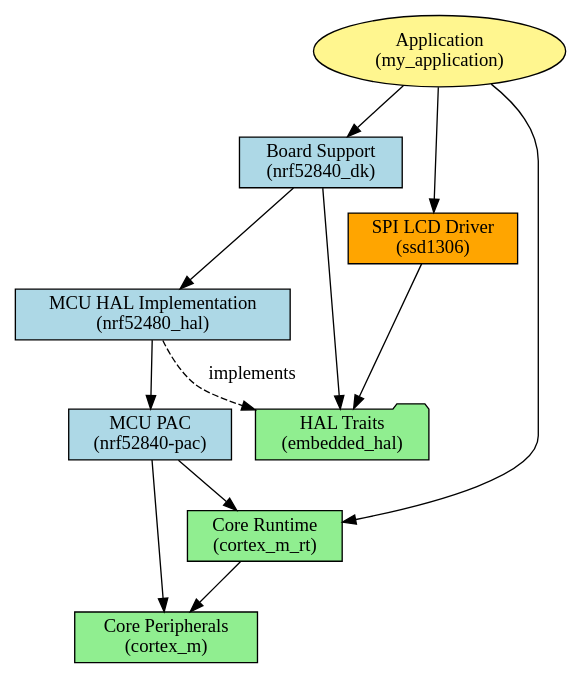
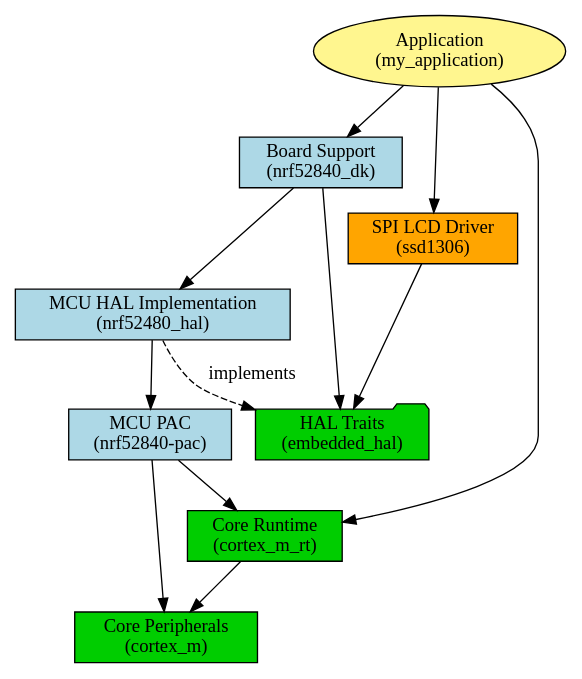
Before and after one commit to ferrous-systems/rust-training: the diagram in training-slides/src/rust-bare-metal.md, drawn with Graphviz. The commit also changed 7 other files, not shown here.

````diff
--- a/training-slides/src/rust-bare-metal.md
+++ b/training-slides/src/rust-bare-metal.md
@@ -29,33 +29,33 @@
 ```dot process
 digraph {
     node [shape=oval, width=1.5, fillcolor=khaki1, style=filled];
     app [label="Application\n(my_application)"]
 
     node [shape=record, width=1.5, fillcolor=lightblue, style=filled];
     bsc [label="Board Support\n(nrf52840_dk)"]
     hal [label="MCU HAL Implementation\n(nrf52480_hal)"]
     pac [label="MCU PAC\n(nrf52840-pac)"]
 
     node [shape=record, width=1.5, fillcolor=orange, style=filled];
     lcd_driver [label="SPI LCD Driver\n(ssd1306)"]
 
-    node [shape=folder, width=1.5, fillcolor=lightgreen, style=filled];
+    node [shape=folder, width=1.5, fillcolor=green3, style=filled];
     hal_traits [label="HAL Traits\n(embedded_hal)"]
 
-    node [shape=record, width=1.5, fillcolor=lightgreen, style=filled];
+    node [shape=record, width=1.5, fillcolor=green3, style=filled];
     rt [label="Core Runtime\n(cortex_m_rt)"]
     cp [label="Core Peripherals\n(cortex_m)"]
 
     app -> bsc;
     bsc -> hal;
     bsc -> hal_traits;
     app -> lcd_driver;
     lcd_driver -> hal_traits;
     hal -> hal_traits [label="implements", style="dashed"]
     hal -> pac;
     app -> rt;
     pac -> rt;
     pac -> cp;
     rt -> cp;
 }
 ```
````
